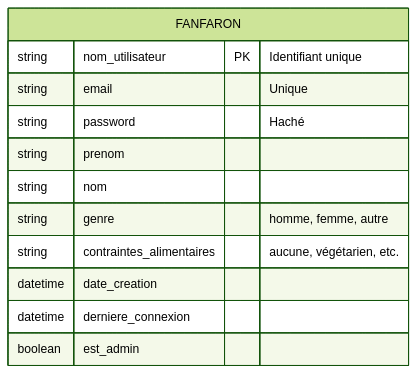
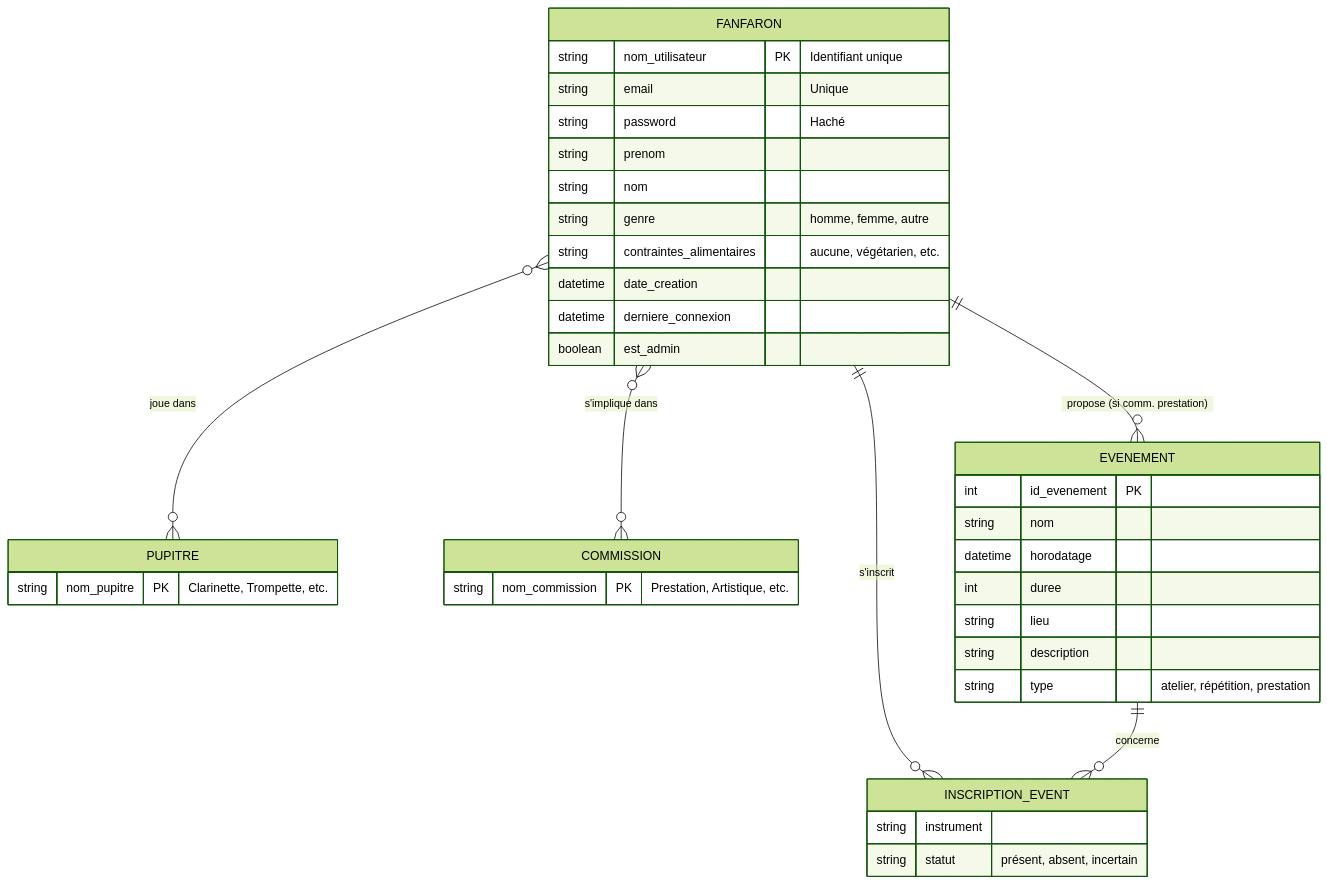
The first of 2 diagrams in README.md (housni2003/projet_info_reparti), drawn with Mermaid (forest theme) before and after one commit. The commit also changed other lines of this file, not shown here.

````diff
--- a/README.md
+++ b/README.md
@@ -9,15 +9,45 @@
 ```mermaid
 erDiagram
     FANFARON {
         string nom_utilisateur PK "Identifiant unique"
         string email "Unique"
         string password "Haché"
         string prenom
         string nom
         string genre "homme, femme, autre"
         string contraintes_alimentaires "aucune, végétarien, etc."
         datetime date_creation
         datetime derniere_connexion
         boolean est_admin
     }
+
+    PUPITRE {
+        string nom_pupitre PK "Clarinette, Trompette, etc."
+    }
+
+    COMMISSION {
+        string nom_commission PK "Prestation, Artistique, etc."
+    }
+
+    EVENEMENT {
+        int id_evenement PK
+        string nom
+        datetime horodatage
+        int duree
+        string lieu
+        string description
+        string type "atelier, répétition, prestation"
+    }
+
+    INSCRIPTION_EVENT {
+        string instrument
+        string statut "présent, absent, incertain"
+    }
+
+    %% Relations
+    FANFARON }o--o{ PUPITRE : "joue dans"
+    FANFARON }o--o{ COMMISSION : "s'implique dans"
+    FANFARON ||--o{ INSCRIPTION_EVENT : "s'inscrit"
+    EVENEMENT ||--o{ INSCRIPTION_EVENT : "concerne"
+    FANFARON ||--o{ EVENEMENT : "propose (si comm. prestation)"
 ```
````
